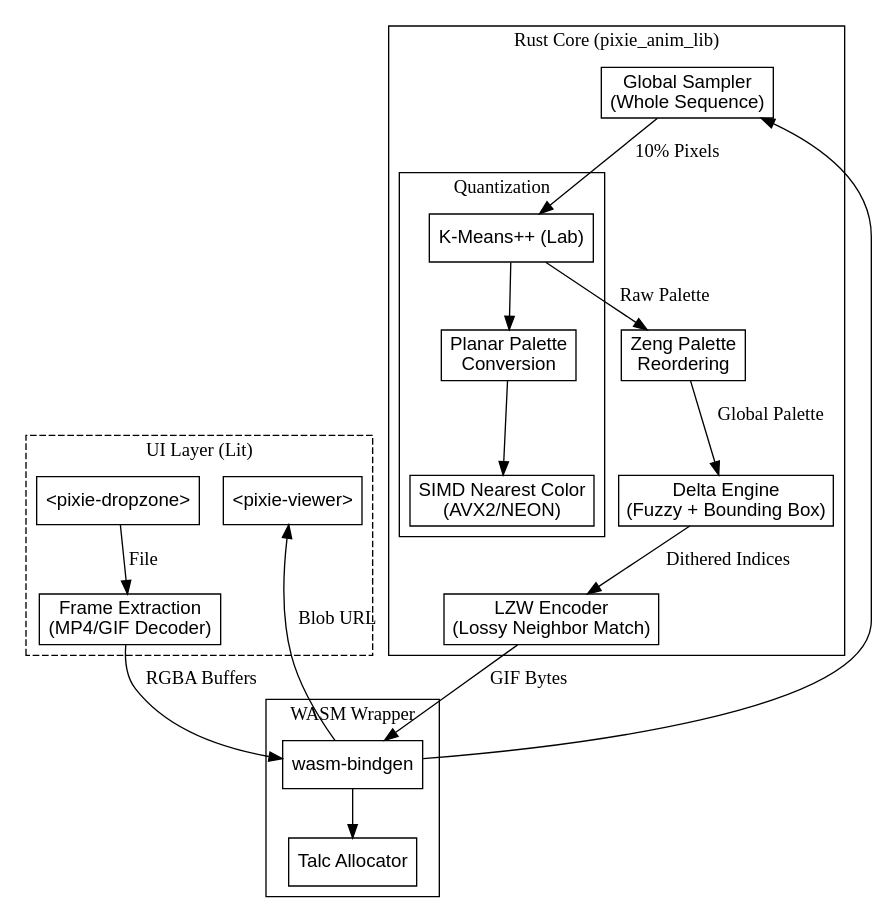
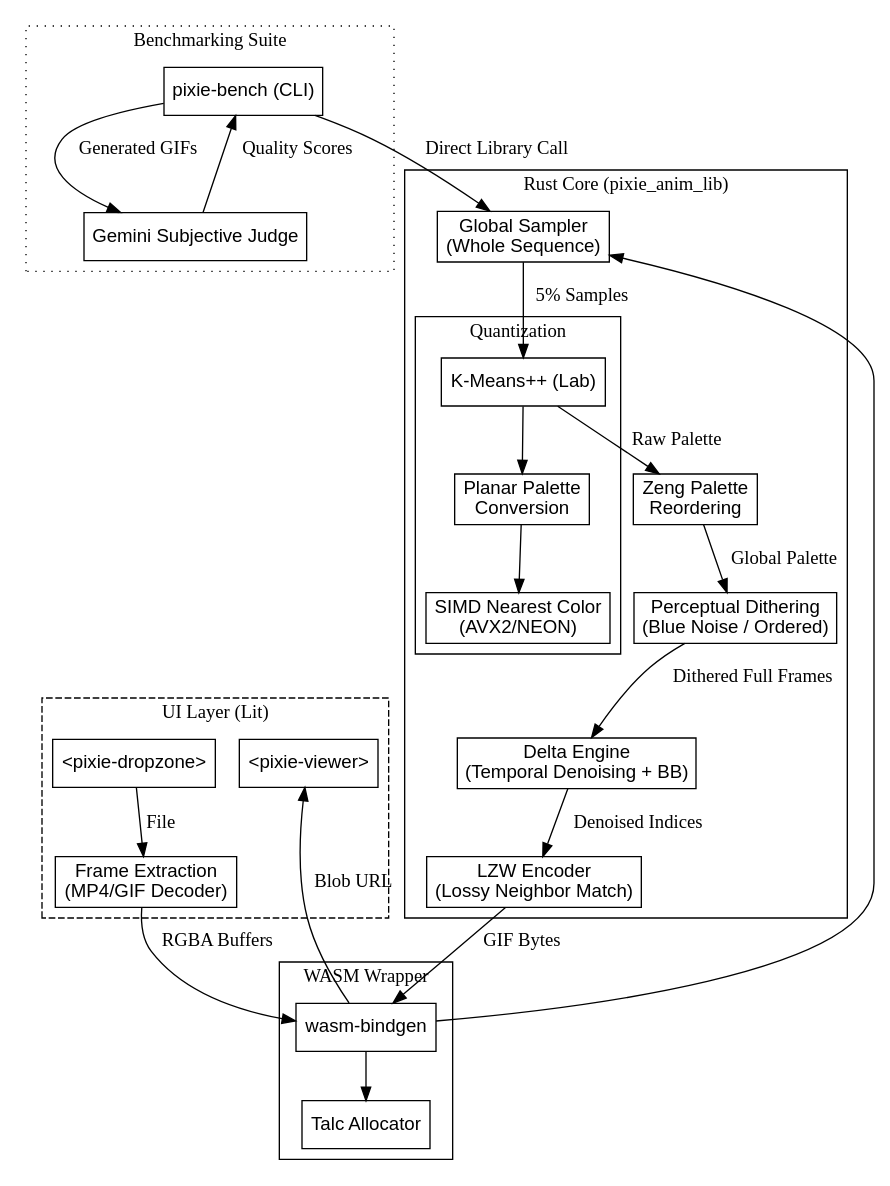
The diagram in docs/architecture.dot (ghchinoy/pixie-anim), drawn with Graphviz before and after one commit. The commit also changed 2 other files, not shown here.

Commit message:
docs: sync algorithms guide, architecture, and README with implemented features

```diff
--- a/docs/architecture.dot
+++ b/docs/architecture.dot
@@ -1,54 +1,70 @@
 digraph G {
     rankdir=TB;
     node [shape=box, fontname="Arial", style=filled, fillcolor=white];
     compound=true;
 
     subgraph cluster_ui {
         label = "UI Layer (Lit)";
         style=dashed;
         Dropzone [label="<pixie-dropzone>"];
         Extractor [label="Frame Extraction\n(MP4/GIF Decoder)"];
         Viewer [label="<pixie-viewer>"];
         
         Dropzone -> Extractor [label="File"];
     }
 
     subgraph cluster_wasm {
         label = "WASM Wrapper";
         WasmBindgen [label="wasm-bindgen"];
         BufferMgr [label="Talc Allocator"];
     }
 
     subgraph cluster_core {
         label = "Rust Core (pixie_anim_lib)";
         
         Sampler [label="Global Sampler\n(Whole Sequence)"];
         
         subgraph cluster_quant {
             label = "Quantization";
             KMeans [label="K-Means++ (Lab)"];
             PlanarConvert [label="Planar Palette\nConversion"];
             SIMD [label="SIMD Nearest Color\n(AVX2/NEON)"];
             
             KMeans -> PlanarConvert -> SIMD;
         }
         
         Zeng [label="Zeng Palette\nReordering"];
         
-        Delta [label="Delta Engine\n(Fuzzy + Bounding Box)"];
+        Delta [label="Delta Engine\n(Temporal Denoising + BB)"];
+
+        Dither [label="Perceptual Dithering\n(Blue Noise / Ordered)"];
         
         LZW [label="LZW Encoder\n(Lossy Neighbor Match)"];
         
         // Logical flow inside core
-        Sampler -> KMeans [label="10% Pixels"];
+        Sampler -> KMeans [label="5% Samples"];
         KMeans -> Zeng [label="Raw Palette"];
-        Zeng -> Delta [label="Global Palette"];
-        Delta -> LZW [label="Dithered Indices"];
+        Zeng -> Dither [label="Global Palette"];
+        Dither -> Delta [label="Dithered Full Frames"];
+        Delta -> LZW [label="Denoised Indices"];
+    }
+
+    subgraph cluster_bench {
+        label = "Benchmarking Suite";
+        style=dotted;
+        PixieBench [label="pixie-bench (CLI)"];
+        Judge [label="Gemini Subjective Judge"];
+        
+        PixieBench -> Judge [label="Generated GIFs"];
+        Judge -> PixieBench [label="Quality Scores"];
     }
 
     Extractor -> WasmBindgen [label="RGBA Buffers"];
     WasmBindgen -> BufferMgr;
     WasmBindgen -> Sampler;
     LZW -> WasmBindgen [label="GIF Bytes"];
     WasmBindgen -> Viewer [label="Blob URL"];
+
+    // External CLI path
+    PixieBench -> Sampler [label="Direct Library Call"];
 }
```
